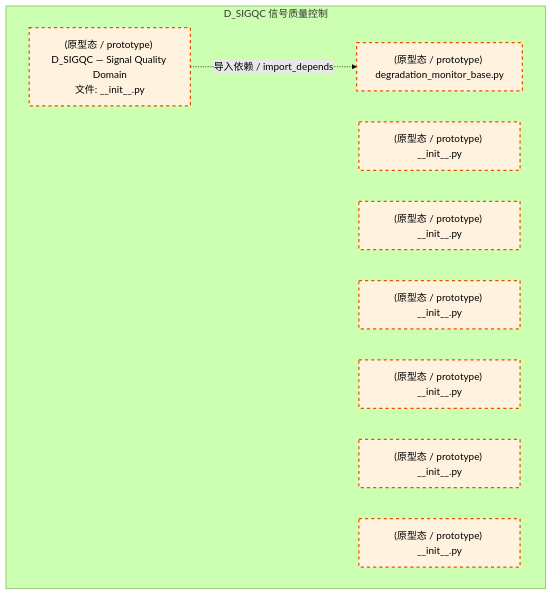
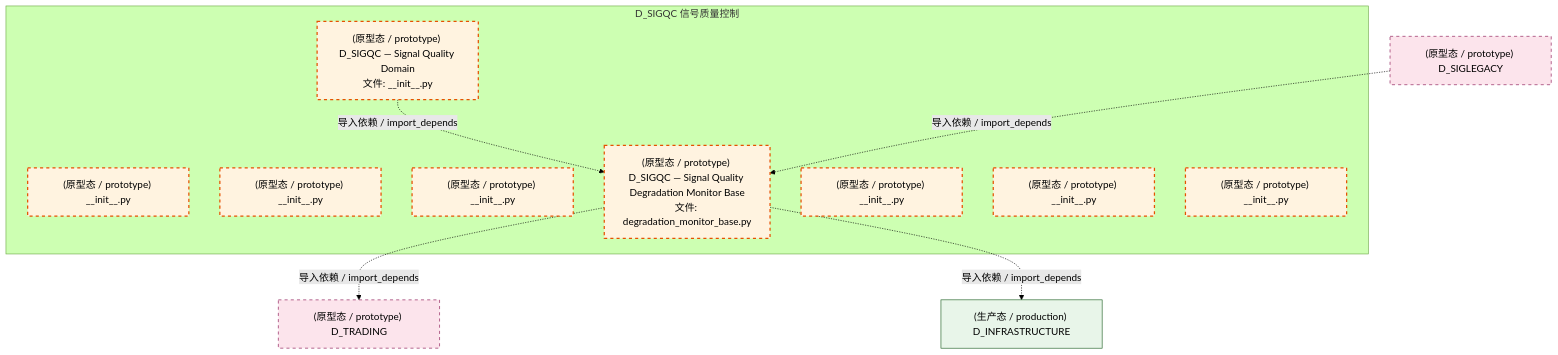
The first of 3 diagrams in docs/02_enterprise_architecture/02_domain_architecture_docs/56_d_sigqc.md (xuanFelixVan/ZephyrAlpha), drawn with Mermaid (forest theme) before and after one commit. The commit also changed other lines of this file and 126 other files, not shown here.

````diff
--- a/docs/02_enterprise_architecture/02_domain_architecture_docs/56_d_sigqc.md
+++ b/docs/02_enterprise_architecture/02_domain_architecture_docs/56_d_sigqc.md
@@ -71,19 +71,27 @@
 ```mermaid
 graph TD
     subgraph D_SIGQC["D_SIGQC 信号质量控制"]
         src_zephyr_signal_quality_init_py["(原型态 / prototype) D_SIGQC — Signal Quality Domain<br/>文件: __init__.py"]
         src_zephyr_signal_quality_extensions_init_py["(原型态 / prototype) __init__.py"]
         src_zephyr_signal_quality_api_init_py["(原型态 / prototype) __init__.py"]
         src_zephyr_signal_quality_core_init_py["(原型态 / prototype) __init__.py"]
-        src_zephyr_signal_quality_degradation_monitor_base_py["(原型态 / prototype) degradation_monitor_base.py"]
+        src_zephyr_signal_quality_degradation_monitor_base_py["(原型态 / prototype) D_SIGQC — Signal Quality Degradation Monitor Base<br/>文件: degradation_monitor_base.py"]
         src_zephyr_signal_quality_infrastructure_init_py["(原型态 / prototype) __init__.py"]
         src_zephyr_signal_quality_models_init_py["(原型态 / prototype) __init__.py"]
         src_zephyr_signal_quality_services_init_py["(原型态 / prototype) __init__.py"]
     end
     src_zephyr_signal_quality_init_py -.->|导入依赖 / import_depends| src_zephyr_signal_quality_degradation_monitor_base_py
+    D_TRADING["(原型态 / prototype) D_TRADING"]
+    src_zephyr_signal_quality_degradation_monitor_base_py -.->|导入依赖 / import_depends| D_TRADING
+    D_INFRASTRUCTURE["(生产态 / production) D_INFRASTRUCTURE"]
+    src_zephyr_signal_quality_degradation_monitor_base_py -.->|导入依赖 / import_depends| D_INFRASTRUCTURE
+    D_SIGLEGACY["(原型态 / prototype) D_SIGLEGACY"]
+    D_SIGLEGACY -.->|导入依赖 / import_depends| src_zephyr_signal_quality_degradation_monitor_base_py
     classDef production fill:#e1f5fe,stroke:#01579b,stroke-width:2px,color:#000
     classDef design fill:#fff3e0,stroke:#e65100,stroke-width:2px,color:#000,stroke-dasharray: 5 5
     classDef external_prod fill:#e8f5e9,stroke:#1b5e20,stroke-width:1px,color:#000
     classDef external_design fill:#fce4ec,stroke:#880e4f,stroke-width:1px,color:#000,stroke-dasharray: 5 5
     class src_zephyr_signal_quality_init_py,src_zephyr_signal_quality_extensions_init_py,src_zephyr_signal_quality_api_init_py,src_zephyr_signal_quality_core_init_py,src_zephyr_signal_quality_degradation_monitor_base_py,src_zephyr_signal_quality_infrastructure_init_py,src_zephyr_signal_quality_models_init_py,src_zephyr_signal_quality_services_init_py design
+    class D_INFRASTRUCTURE external_prod
+    class D_TRADING,D_SIGLEGACY external_design
 ```
````
